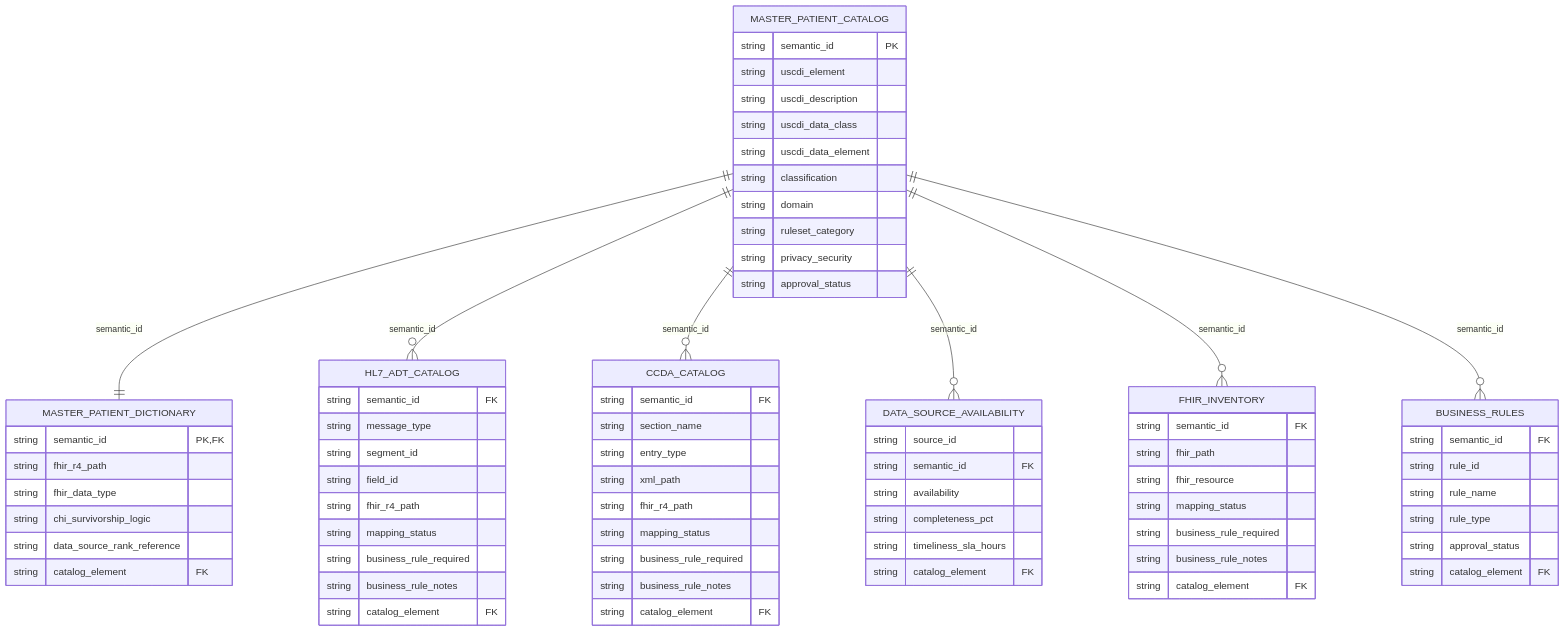
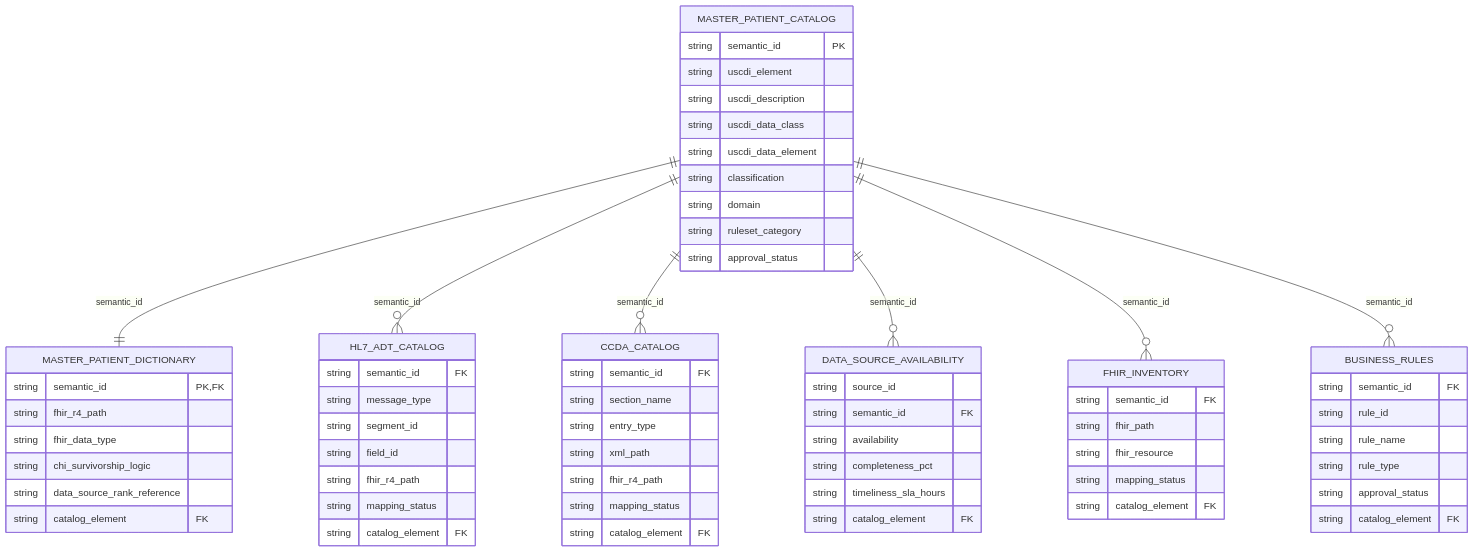
The second of 3 diagrams in TECH-SPEC.md (ajayprashar/chi-data-dictionary-catalog), drawn with Mermaid before and after one commit. The commit also changed other lines of this file and 15 other files, not shown here.

First line of the commit message:
Update Parquet files and documentation for schema cleanup and governance enhancements

```diff
--- a/TECH-SPEC.md
+++ b/TECH-SPEC.md
@@ -416,7 +415,6 @@
         string classification
         string domain
         string ruleset_category
-        string privacy_security
         string approval_status
     }
 
@@ -436,8 +434,6 @@
         string field_id
         string fhir_r4_path
         string mapping_status
-        string business_rule_required
-        string business_rule_notes
         string catalog_element FK
     }
 
@@ -448,8 +444,6 @@
         string xml_path
         string fhir_r4_path
         string mapping_status
-        string business_rule_required
-        string business_rule_notes
         string catalog_element FK
     }
 
@@ -467,8 +461,6 @@
         string fhir_path
         string fhir_resource
         string mapping_status
-        string business_rule_required
-        string business_rule_notes
         string catalog_element FK
     }
 
```
